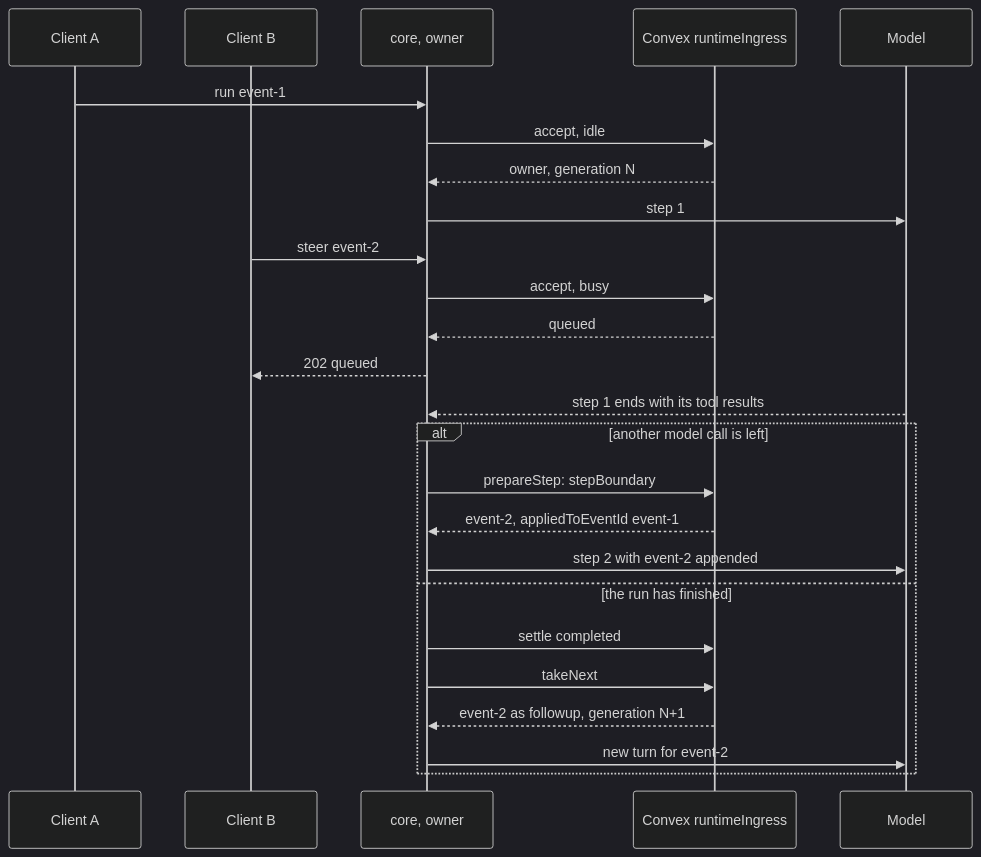
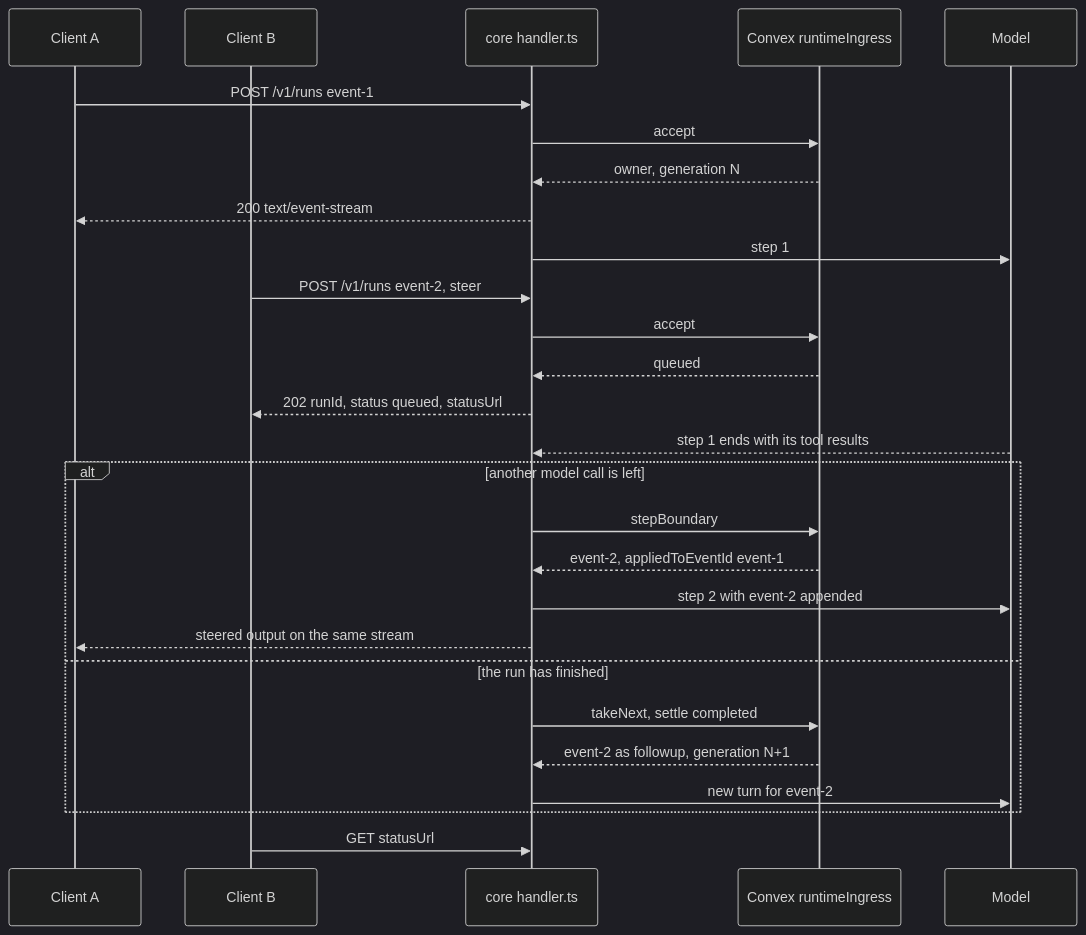
Before and after one commit to beeblastco/broods: the sixth of 8 diagrams in apps/docs/docs/internals/queue-and-steer.md, drawn with Mermaid (dark theme). The commit also changed other lines of this file and 13 other files, not shown here.

First line of the commit message:
docs(internals): diagram-first rewrite of the remaining internals pages

````diff
--- a/apps/docs/docs/internals/queue-and-steer.md
+++ b/apps/docs/docs/internals/queue-and-steer.md
@@ -153,28 +152,30 @@
 ```mermaid
 sequenceDiagram
   participant A as Client A
   participant B as Client B
-  participant Core as core, owner
+  participant Core as core handler.ts
   participant CX as Convex runtimeIngress
   participant M as Model
 
-  A->>Core: run event-1
-  Core->>CX: accept, idle
+  A->>Core: POST /v1/runs event-1
+  Core->>CX: accept
   CX-->>Core: owner, generation N
+  Core-->>A: 200 text/event-stream
   Core->>M: step 1
-  B->>Core: steer event-2
-  Core->>CX: accept, busy
+  B->>Core: POST /v1/runs event-2, steer
+  Core->>CX: accept
   CX-->>Core: queued
-  Core-->>B: 202 queued
+  Core-->>B: 202 runId, status queued, statusUrl
   M-->>Core: step 1 ends with its tool results
   alt another model call is left
-    Core->>CX: prepareStep: stepBoundary
+    Core->>CX: stepBoundary
     CX-->>Core: event-2, appliedToEventId event-1
     Core->>M: step 2 with event-2 appended
+    Core-->>A: steered output on the same stream
   else the run has finished
-    Core->>CX: settle completed
-    Core->>CX: takeNext
+    Core->>CX: takeNext, settle completed
     CX-->>Core: event-2 as followup, generation N+1
     Core->>M: new turn for event-2
   end
+  B->>Core: GET statusUrl
 ```
````
